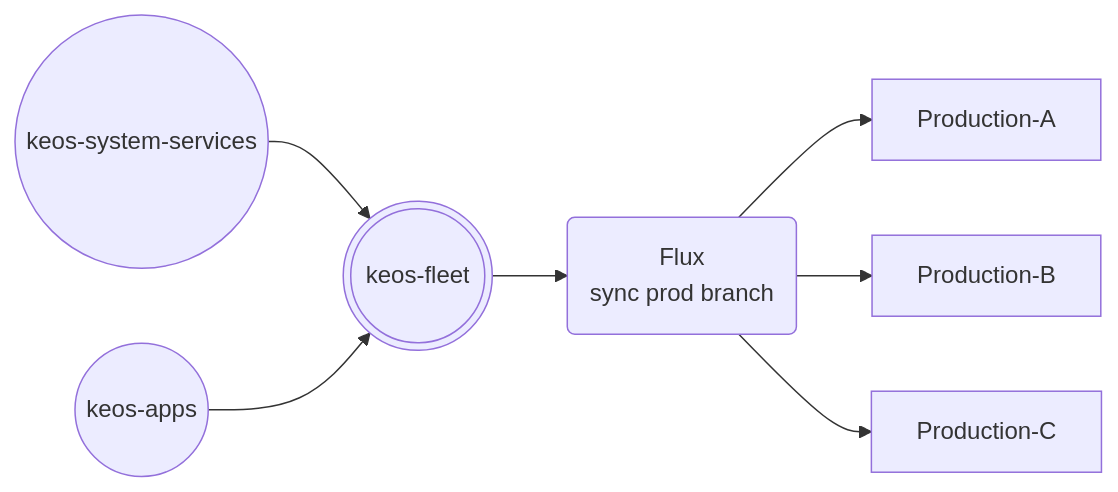
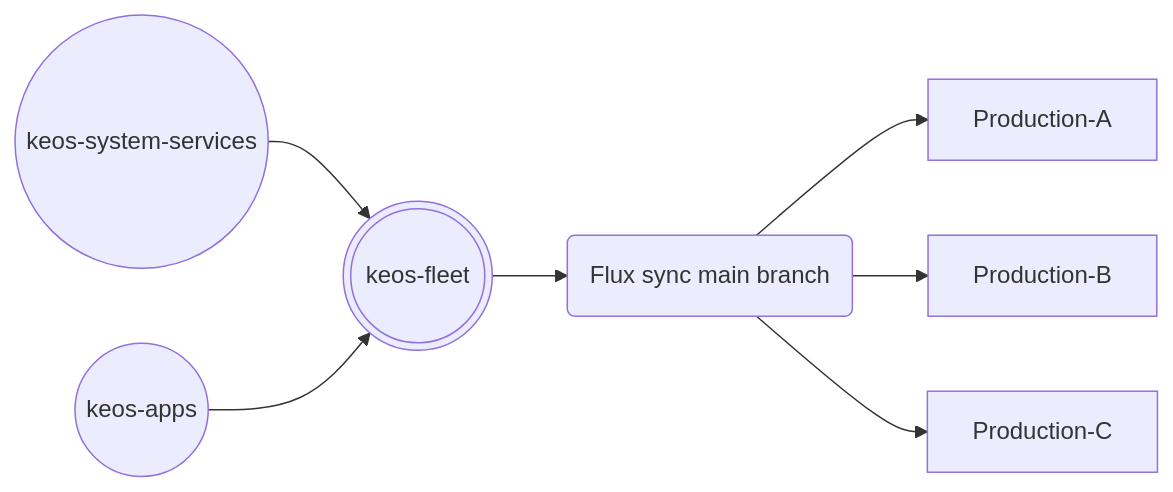
The diagram in README.md (forselli-stratio/keos-fleet-test), drawn with Mermaid before and after one commit.

````diff
--- a/README.md
+++ b/README.md
@@ -27,10 +27,10 @@
 ```mermaid
 flowchart LR
 
 A((keos-system-services)) --> C
 B((keos-apps)) --> C(((keos-fleet)))
-C--> G(Flux \nsync prod branch)
+C--> G(Flux sync main branch)
 G --> H[Production-A]
 G --> I[Production-B]
 G --> J[Production-C]
 ```
````
